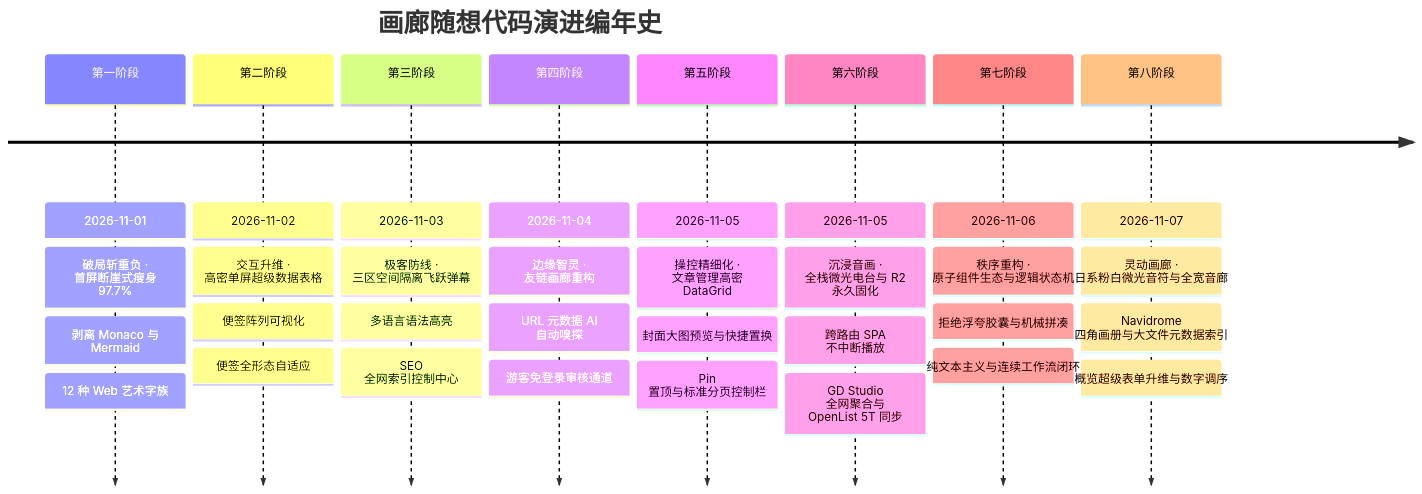
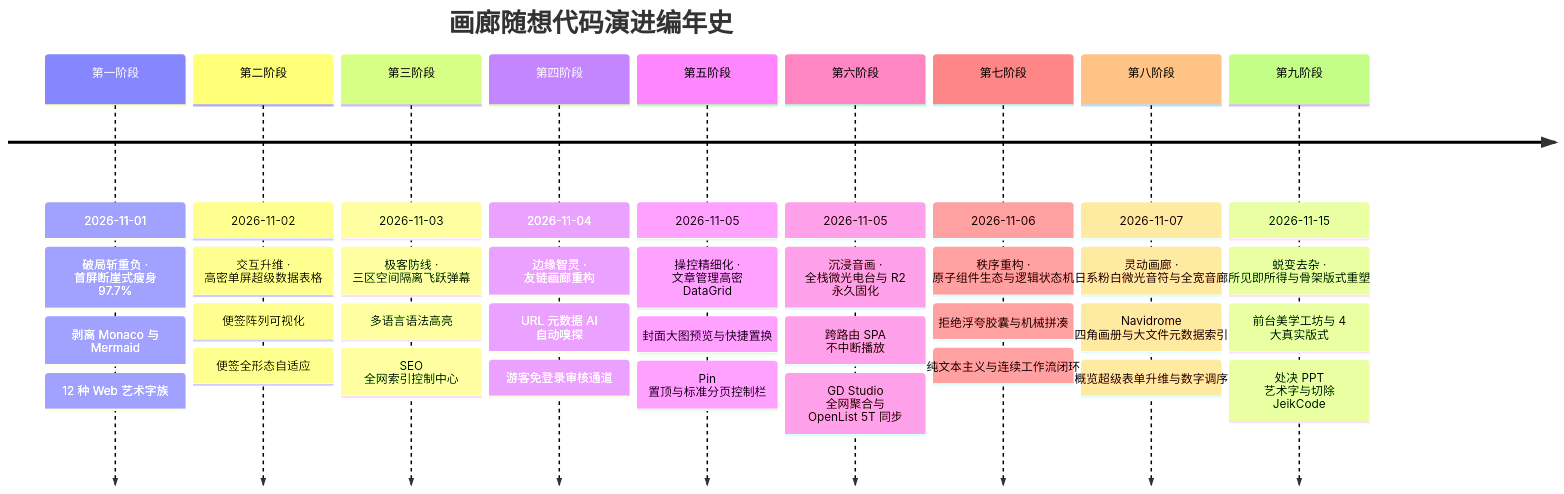
Before and after one commit to Smail-droid/Rin: the first of 3 diagrams in 画廊随想.md, drawn with Mermaid. The commit also changed other lines of this file and 14 other files, not shown here.

````diff
--- a/画廊随想.md
+++ b/画廊随想.md
@@ -36,12 +36,13 @@
 ```mermaid
 timeline
     title 画廊随想代码演进编年史
     第一阶段 : 2026-11-01 : 破局斩重负 · 首屏断崖式瘦身 97.7% : 剥离 Monaco 与 Mermaid : 12 种 Web 艺术字族
     第二阶段 : 2026-11-02 : 交互升维 · 高密单屏超级数据表格 : 便签阵列可视化 : 便签全形态自适应
     第三阶段 : 2026-11-03 : 极客防线 · 三区空间隔离飞跃弹幕 : 多语言语法高亮 : SEO 全网索引控制中心
     第四阶段 : 2026-11-04 : 边缘智灵 · 友链画廊重构 : URL 元数据 AI 自动嗅探 : 游客免登录审核通道
     第五阶段 : 2026-11-05 : 操控精细化 · 文章管理高密 DataGrid : 封面大图预览与快捷置换 : Pin 置顶与标准分页控制栏
     第六阶段 : 2026-11-05 : 沉浸音画 · 全栈微光电台与 R2 永久固化 : 跨路由 SPA 不中断播放 : GD Studio 全网聚合与 OpenList 5T 同步
     第七阶段 : 2026-11-06 : 秩序重构 · 原子组件生态与逻辑状态机 : 拒绝浮夸胶囊与机械拼凑 : 纯文本主义与连续工作流闭环
     第八阶段 : 2026-11-07 : 灵动画廊 · 日系粉白微光音符与全宽音廊 : Navidrome 四角画册与大文件元数据索引 : 概览超级表单升维与数字调序
+    第九阶段 : 2026-11-15 : 蜕变去杂 · 所见即所得与骨架版式重塑 : 前台美学工坊与 4 大真实版式 : 处决 PPT 艺术字与切除 JeikCode
 ```
````
